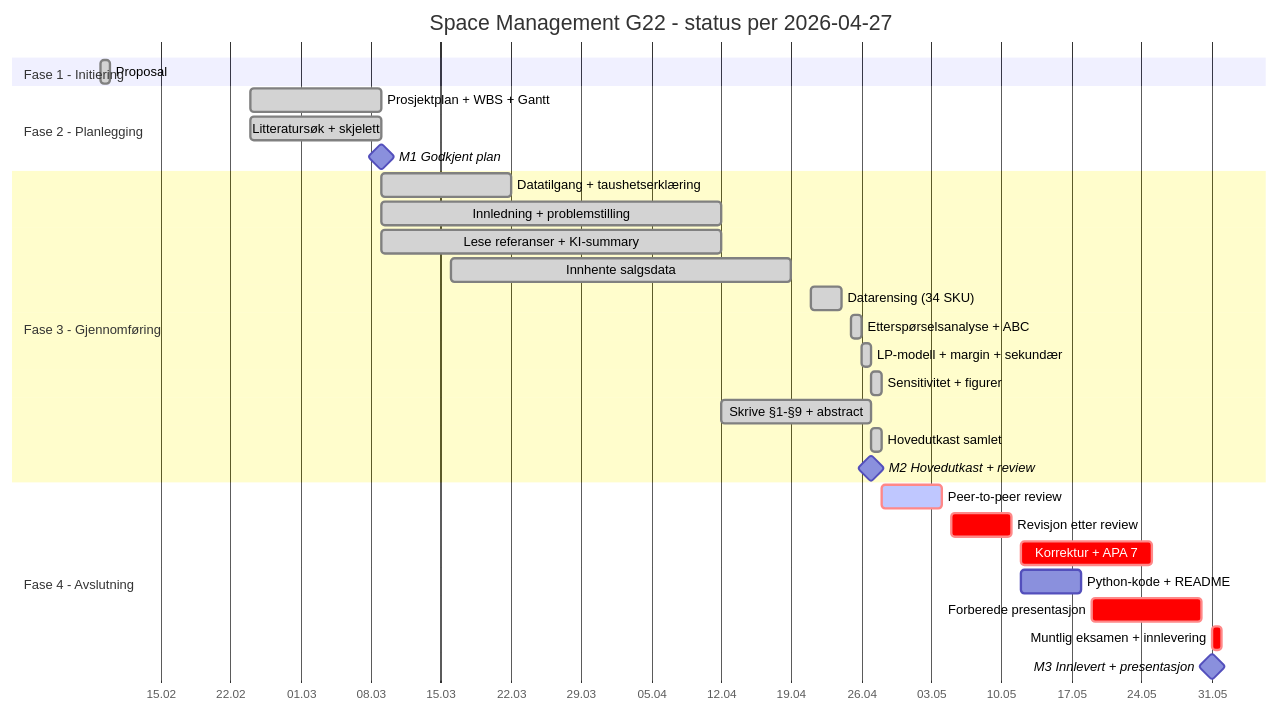
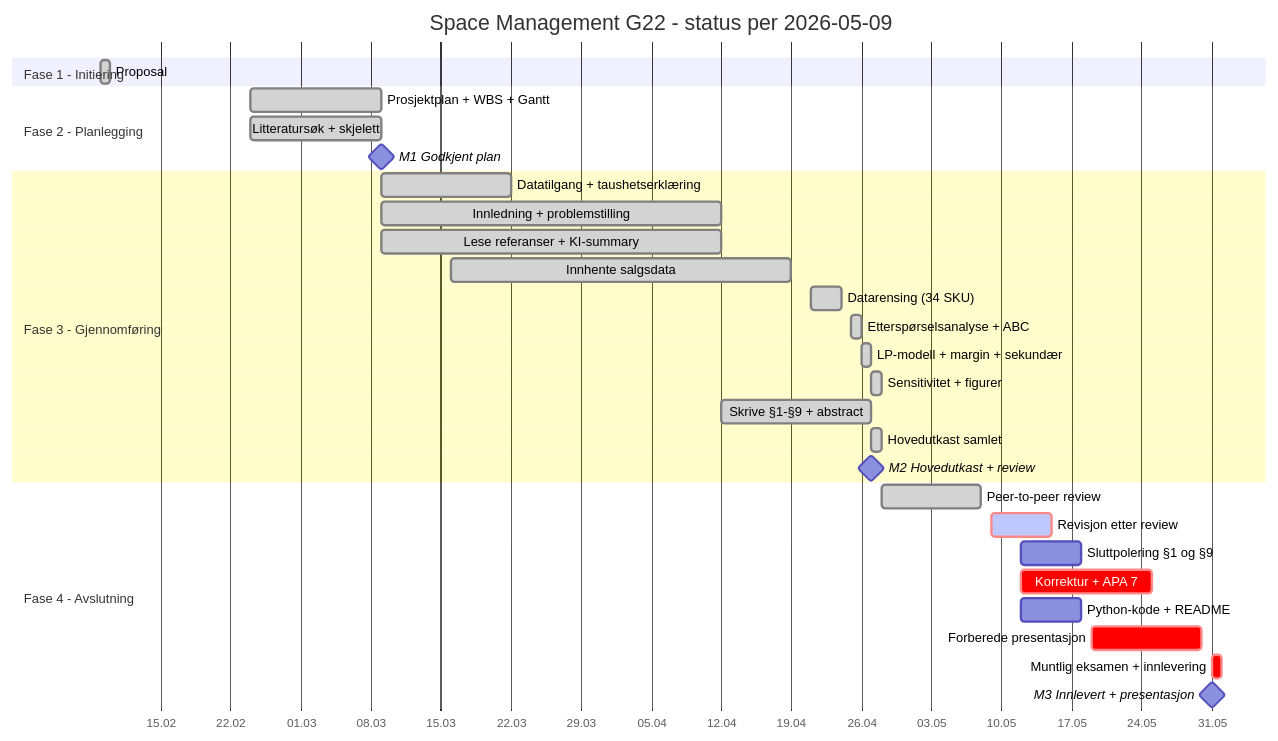
The diagram in 012 fase 2 - plan/status.md (LOG650/G22-sfo), drawn with Mermaid before and after one commit. The commit also changed other lines of this file and 3 other files, not shown here.

````diff
--- a/012 fase 2 - plan/status.md
+++ b/012 fase 2 - plan/status.md
@@ -64,36 +64,37 @@
 ```mermaid
 gantt
-    title Space Management G22 - status per 2026-04-27
+    title Space Management G22 - status per 2026-05-09
     dateFormat  YYYY-MM-DD
     axisFormat  %d.%m
 
     section Fase 1 - Initiering
     Proposal                            :done, f1, 2026-02-09, 1d
 
     section Fase 2 - Planlegging
     Prosjektplan + WBS + Gantt          :done, p1, 2026-02-24, 2026-03-09
     Litteratursøk + skjelett            :done, p2, 2026-02-24, 2026-03-09
     M1 Godkjent plan                    :milestone, m1, 2026-03-09, 0d
 
     section Fase 3 - Gjennomføring
     Datatilgang + taushetserklæring     :done, g1, 2026-03-09, 2026-03-22
     Innledning + problemstilling        :done, g2, 2026-03-09, 2026-04-12
     Lese referanser + KI-summary        :done, g3, 2026-03-09, 2026-04-12
     Innhente salgsdata                  :done, g4, 2026-03-16, 2026-04-19
     Datarensing (34 SKU)                :done, g5, 2026-04-21, 2026-04-24
     Etterspørselsanalyse + ABC          :done, g6, 2026-04-25, 2026-04-26
     LP-modell + margin + sekundær       :done, g7, 2026-04-26, 2026-04-27
     Sensitivitet + figurer              :done, g8, 2026-04-27, 1d
     Skrive §1-§9 + abstract             :done, g9, 2026-04-12, 2026-04-27
     Hovedutkast samlet                  :done, g10, 2026-04-27, 1d
     M2 Hovedutkast + review             :milestone, m2, 2026-04-27, 0d
 
     section Fase 4 - Avslutning
-    Peer-to-peer review                 :crit, active, a1, 2026-04-28, 2026-05-04
-    Revisjon etter review               :crit, a2, 2026-05-05, 2026-05-11
+    Peer-to-peer review                 :done, a1, 2026-04-28, 2026-05-08
+    Revisjon etter review               :crit, active, a2, 2026-05-09, 2026-05-15
+    Sluttpolering §1 og §9              :a2b, 2026-05-12, 2026-05-18
     Korrektur + APA 7                   :crit, a3, 2026-05-12, 2026-05-25
     Python-kode + README                :a4, 2026-05-12, 2026-05-18
     Forberede presentasjon              :crit, a5, 2026-05-19, 2026-05-30
     Muntlig eksamen + innlevering       :crit, a6, 2026-05-31, 1d
     M3 Innlevert + presentasjon         :milestone, m3, 2026-05-31, 0d
 ```
````
